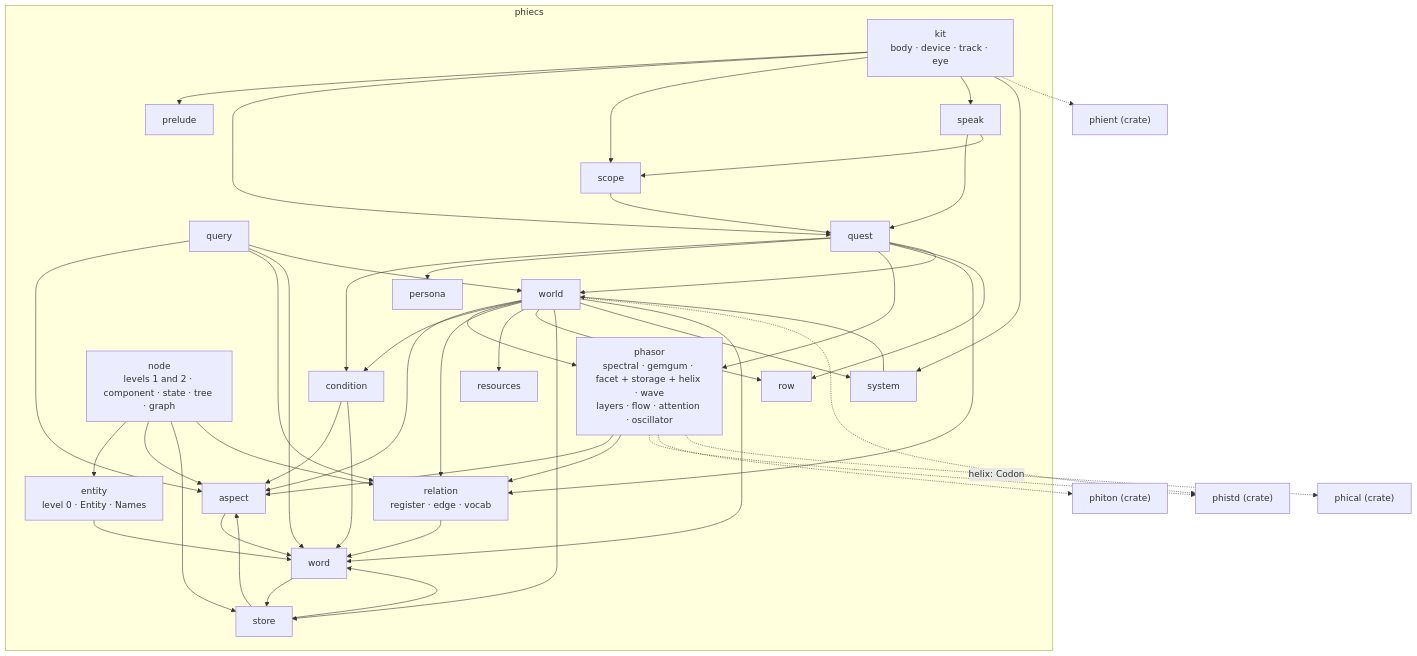
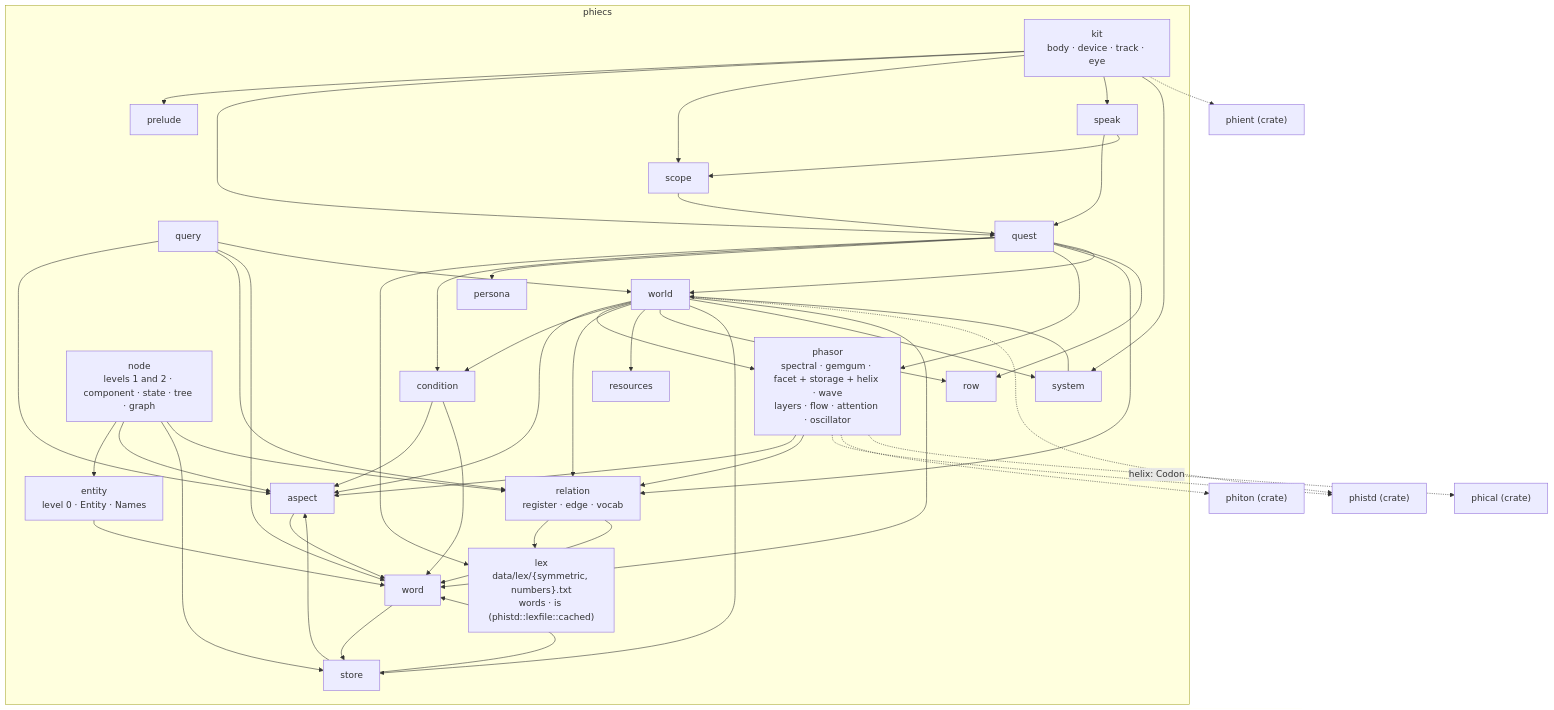
Before and after one commit to gemphi/phiecs: the first of 2 diagrams in ARCHITECTURE.md, drawn with Mermaid. The commit also changed 8 other files, not shown here.

Commit message:
no data in code: the symmetric kinds and the number words are data/lex files read through lex::words (phistd::lexfile::cached)

````diff
--- a/ARCHITECTURE.md
+++ b/ARCHITECTURE.md
@@ -5,75 +5,78 @@
 ```mermaid
 graph TB
     subgraph crate["phiecs"]
         m_aspect["aspect"]
         m_condition["condition"]
         m_entity["entity<br/>level 0 · Entity · Names"]
         m_kit["kit<br/>body · device · track · eye"]
         m_node["node<br/>levels 1 and 2 · component · state · tree · graph"]
         m_persona["persona"]
         m_phasor["phasor<br/>spectral · gemgum · facet + storage + helix · wave<br/>layers · flow · attention · oscillator"]
         m_prelude["prelude"]
         m_query["query"]
         m_quest["quest"]
         m_relation["relation<br/>register · edge · vocab"]
         m_resources["resources"]
         m_row["row"]
         m_scope["scope"]
         m_speak["speak"]
+        m_lex["lex<br/>data/lex/{symmetric, numbers}.txt<br/>words · is (phistd::lexfile::cached)"]
         m_store["store"]
         m_system["system"]
         m_word["word"]
         m_world["world"]
     end
     m_aspect --> m_word
     m_condition --> m_aspect
     m_condition --> m_word
     m_entity --> m_word
     m_kit --> m_prelude
     m_node --> m_entity
     m_node --> m_aspect
     m_node --> m_store
     m_node --> m_relation
     m_kit --> m_quest
     m_kit --> m_scope
     m_kit --> m_speak
+    m_relation --> m_lex
+    m_quest --> m_lex
     m_kit --> m_system
     m_phasor --> m_aspect
     m_phasor --> m_relation
     m_query --> m_aspect
     m_query --> m_relation
     m_query --> m_word
     m_query --> m_world
     m_quest --> m_condition
     m_quest --> m_persona
     m_quest --> m_phasor
     m_quest --> m_relation
     m_quest --> m_row
     m_quest --> m_world
     m_relation --> m_word
     m_scope --> m_quest
     m_speak --> m_quest
     m_speak --> m_scope
     m_store --> m_aspect
     m_store --> m_word
     m_system --> m_world
     m_word --> m_store
     m_world --> m_aspect
     m_world --> m_condition
     m_world --> m_phasor
     m_world --> m_relation
     m_world --> m_resources
     m_world --> m_row
     m_world --> m_store
     m_world --> m_system
     m_world --> m_word
     X_phient["phient (crate)"]
     m_kit -.-> X_phient
     X_phistd["phistd (crate)"]
     m_phasor -.-> X_phistd
     m_world -.-> X_phistd
     X_phiton["phiton (crate)"]
     m_phasor -.-> X_phiton
     X_phical["phical (crate)"]
     m_phasor -.->|"helix: Codon"| X_phical
 ```
````
